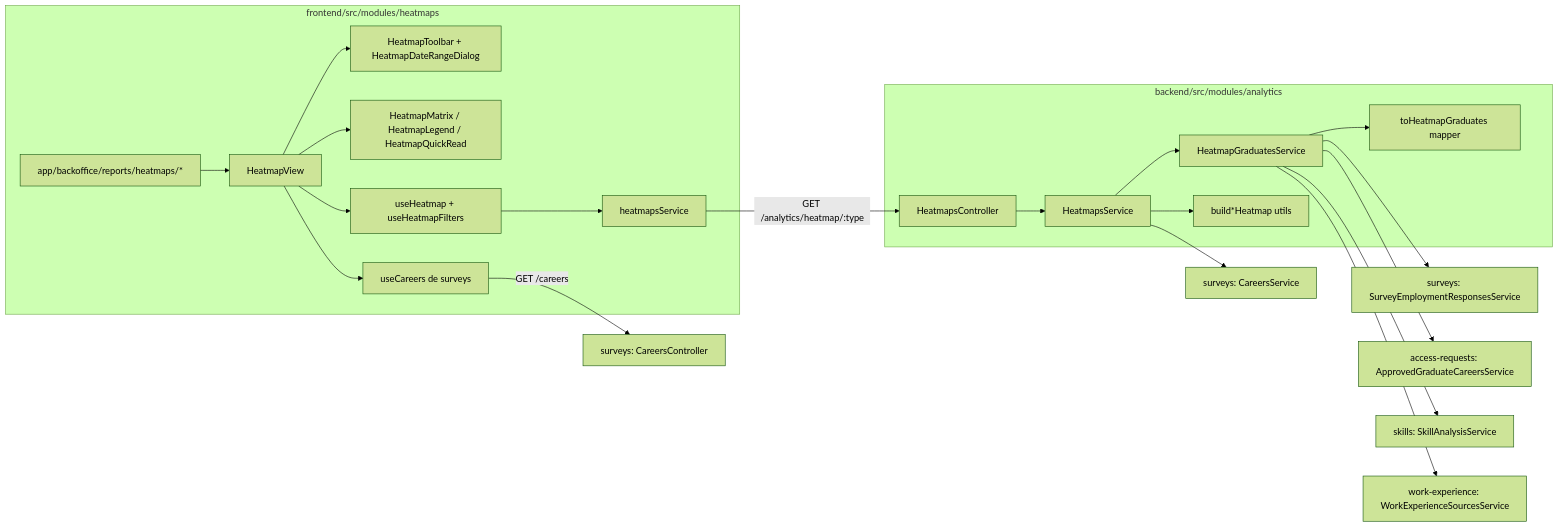
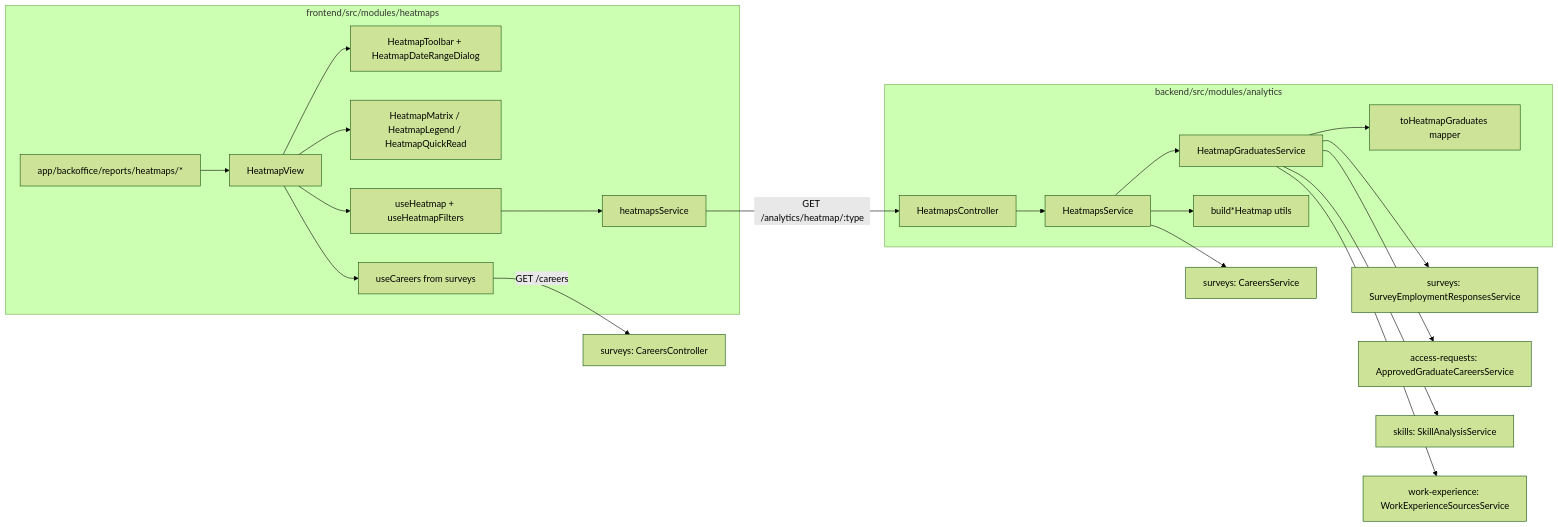
One commit to UMSSY/umssy-app changed the first of 3 diagrams in docs/analytics/README.md. Above: the diagram before and after it, drawn with Mermaid (forest theme). The commit also changed other lines of this file and 8 other files, not shown here.

````diff
--- a/docs/analytics/README.md
+++ b/docs/analytics/README.md
@@ -25,24 +25,24 @@
 ```mermaid
 flowchart LR
   subgraph Frontend["frontend/src/modules/heatmaps"]
     Page[app/backoffice/reports/heatmaps/*] --> View[HeatmapView]
     View --> Toolbar[HeatmapToolbar + HeatmapDateRangeDialog]
     View --> Matrix[HeatmapMatrix / HeatmapLegend / HeatmapQuickRead]
     View --> Hook[useHeatmap + useHeatmapFilters]
-    View --> Careers[useCareers de surveys]
+    View --> Careers[useCareers from surveys]
     Hook --> Svc[heatmapsService]
   end
   Svc -->|GET /analytics/heatmap/:type| Ctrl[HeatmapsController]
   Careers -->|GET /careers| CC[surveys: CareersController]
   subgraph Backend["backend/src/modules/analytics"]
     Ctrl --> HS[HeatmapsService]
     HS --> HG[HeatmapGraduatesService]
     HS --> B[build*Heatmap utils]
     HG --> Map[toHeatmapGraduates mapper]
   end
   HS --> CS[surveys: CareersService]
   HG --> ER[surveys: SurveyEmploymentResponsesService]
   HG --> AG[access-requests: ApprovedGraduateCareersService]
   HG --> SA[skills: SkillAnalysisService]
   HG --> WE[work-experience: WorkExperienceSourcesService]
 ```
````
